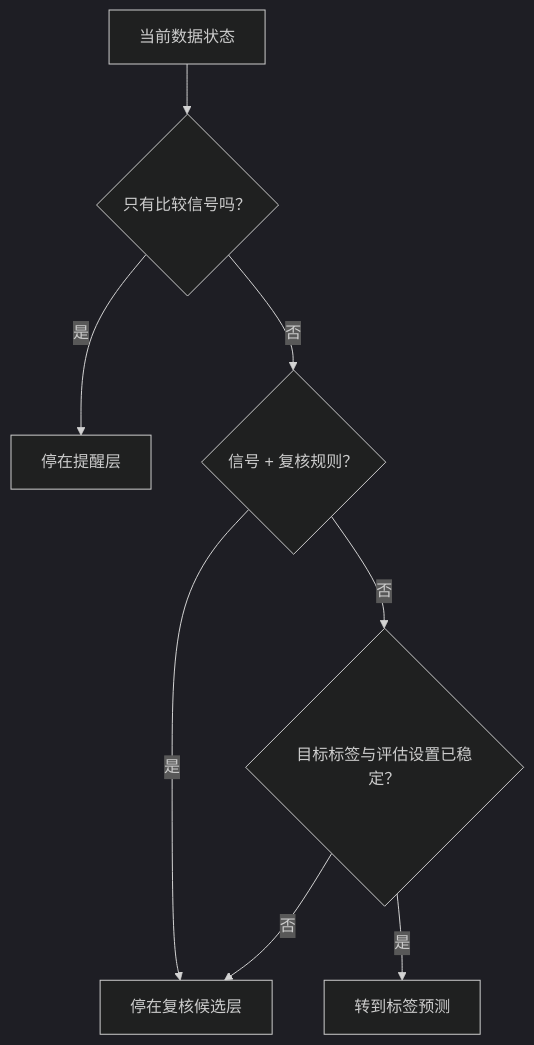
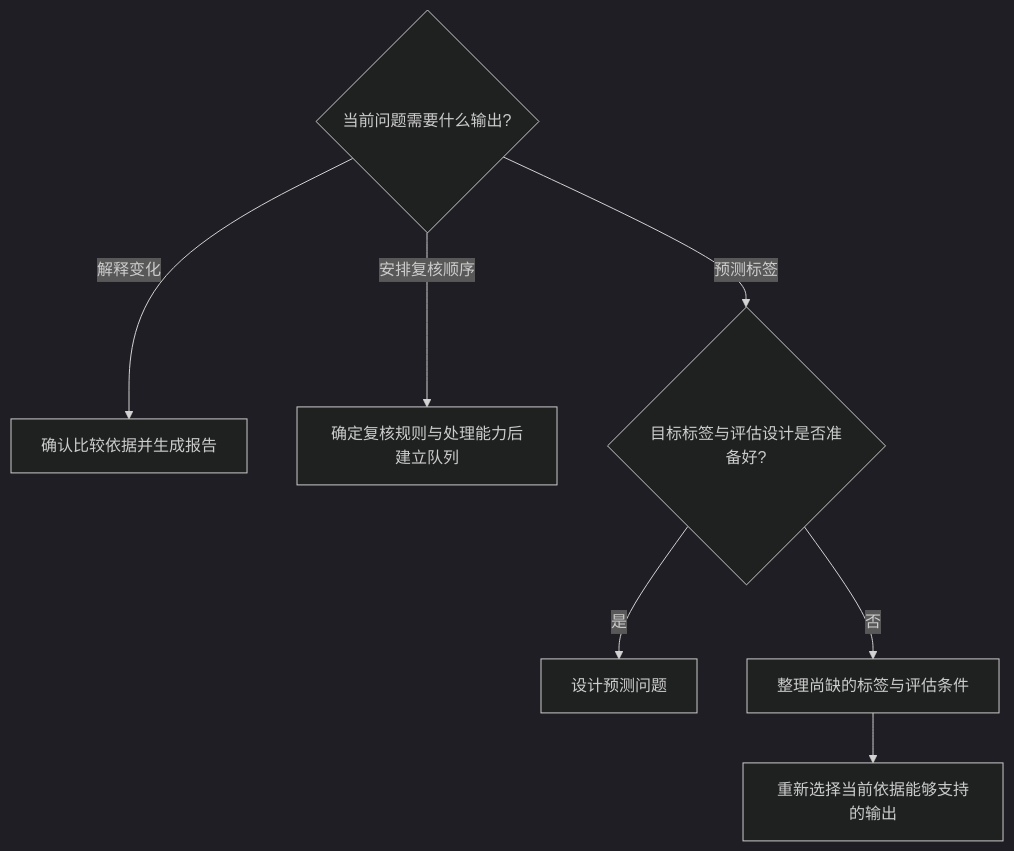
One commit to devchan64/AiBook changed the diagram in docs/assets/part-03/chapter-09/p3-9-1-mermaid-01-zh.mmd. Above: the diagram before and after it, drawn with Mermaid (dark theme). The commit also changed 216 other files, not shown here.

Commit message:
Review Part 3 explanations and improve diagram readability

```diff
--- a/docs/assets/part-03/chapter-09/p3-9-1-mermaid-01-zh.mmd
+++ b/docs/assets/part-03/chapter-09/p3-9-1-mermaid-01-zh.mmd
@@ -1,9 +1,8 @@
 flowchart TD
-    A[当前数据状态]
-    A --> B{只有比较信号吗？}
-    B -->|是| C[停在提醒层]
-    B -->|否| D{信号 + 复核规则？}
-    D -->|是| E[停在复核候选层]
-    D -->|否| F{目标标签与评估设置已稳定？}
-    F -->|是| G[转到标签预测]
-    F -->|否| E
+    A{当前问题需要什么输出?}
+    A -->|解释变化| B[确认比较依据并生成报告]
+    A -->|安排复核顺序| C[确定复核规则与处理能力后建立队列]
+    A -->|预测标签| D{目标标签与评估设计是否准备好?}
+    D -->|是| E[设计预测问题]
+    D -->|否| F[整理尚缺的标签与评估条件]
+    F --> G[重新选择当前依据能够支持的输出]
```
